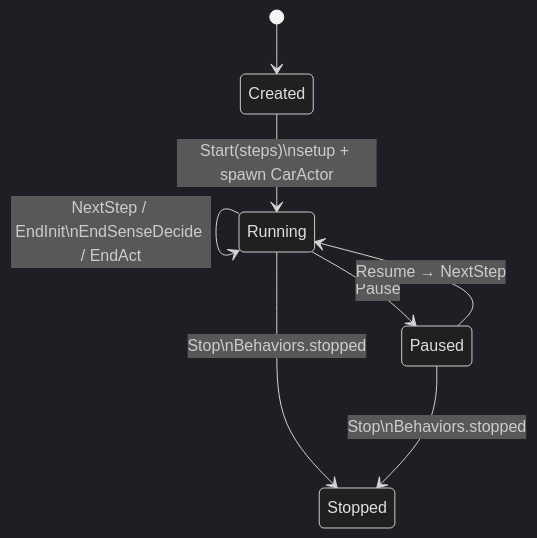
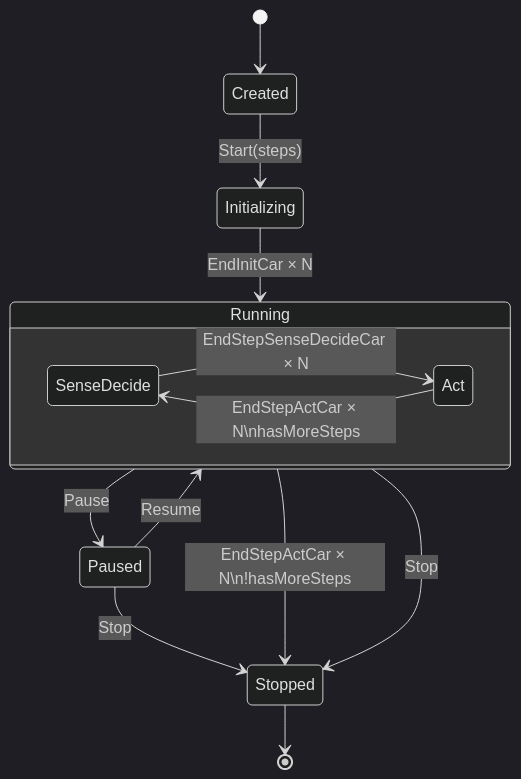
One commit to JBmanu/PCD-03 changed the fifth of 6 diagrams in simulation-car/doc/report.md. Above: the diagram before and after it, drawn with Mermaid (dark theme). The commit also changed other lines of this file, not shown here.

Commit message:
feat: finished report - car simulation

````diff
--- a/simulation-car/doc/report.md
+++ b/simulation-car/doc/report.md
@@ -141,10 +142,20 @@
 ```mermaid
 stateDiagram-v2
+    direction TB
     [*] --> Created
-    Created --> Running : Start(steps)\nsetup + spawn CarActor
-    Running --> Running : NextStep / EndInit\nEndSenseDecide / EndAct
+    Created --> Initializing : Start(steps)
+    Initializing --> Running : EndInitCar × N
+
+    state Running {
+        direction LR
+        SenseDecide --> Act : EndStepSenseDecideCar × N
+        Act --> SenseDecide : EndStepActCar × N\nhasMoreSteps
+    }
+
     Running --> Paused : Pause
-    Paused --> Running : Resume → NextStep
-    Running --> Stopped : Stop\nBehaviors.stopped
-    Paused --> Stopped : Stop\nBehaviors.stopped
+    Paused --> Running : Resume
+    Running --> Stopped : EndStepActCar × N\n!hasMoreSteps
+    Running --> Stopped : Stop
+    Paused --> Stopped : Stop
+    Stopped --> [*]
 ```
````
